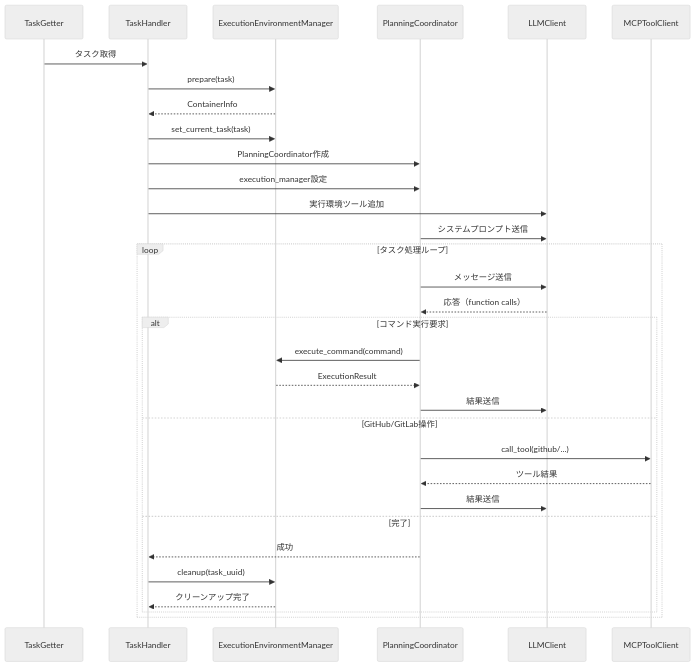
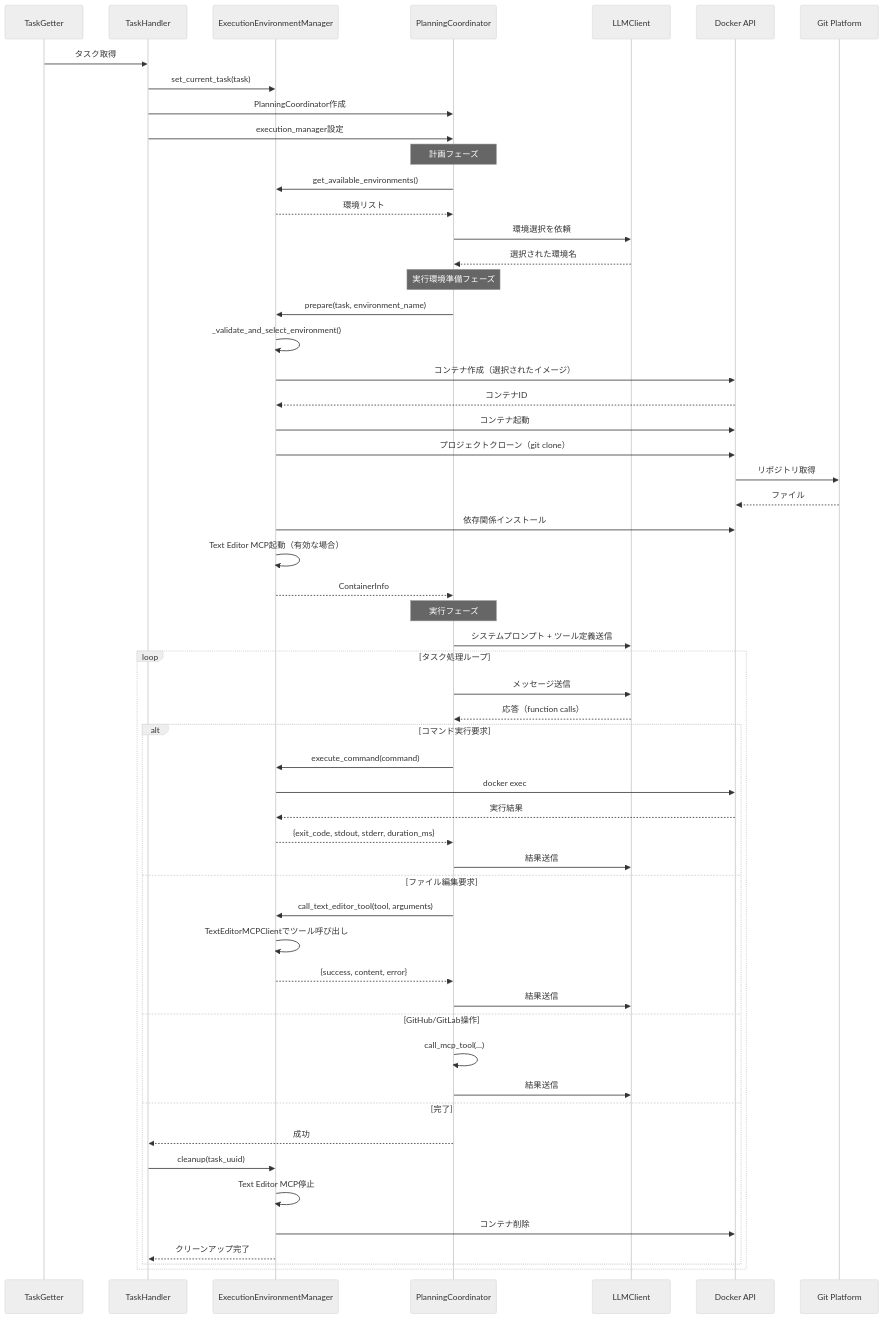
Before and after one commit to notfolder/coding_agent: the eighth of 11 diagrams in docs/spec/COMMAND_EXECUTOR_MCP_SPECIFICATION.md, drawn with Mermaid (neutral theme). The commit also changed other lines of this file and 19 other files, not shown here.

````diff
--- a/docs/spec/COMMAND_EXECUTOR_MCP_SPECIFICATION.md
+++ b/docs/spec/COMMAND_EXECUTOR_MCP_SPECIFICATION.md
@@ -1008,37 +1316,64 @@
 ```mermaid
 sequenceDiagram
     participant TG as TaskGetter
     participant TH as TaskHandler
     participant EM as ExecutionEnvironmentManager
     participant PC as PlanningCoordinator
     participant LLM as LLMClient
-    participant MCP as MCPToolClient
+    participant Docker as Docker API
+    participant Git as Git Platform
     
     TG->>TH: タスク取得
-    TH->>EM: prepare(task)
-    EM-->>TH: ContainerInfo
     TH->>EM: set_current_task(task)
     TH->>PC: PlanningCoordinator作成
     TH->>PC: execution_manager設定
-    TH->>LLM: 実行環境ツール追加
-    PC->>LLM: システムプロンプト送信
+    
+    Note over PC: 計画フェーズ
+    PC->>EM: get_available_environments()
+    EM-->>PC: 環境リスト
+    PC->>LLM: 環境選択を依頼
+    LLM-->>PC: 選択された環境名
+    
+    Note over PC: 実行環境準備フェーズ
+    PC->>EM: prepare(task, environment_name)
+    EM->>EM: _validate_and_select_environment()
+    EM->>Docker: コンテナ作成（選択されたイメージ）
+    Docker-->>EM: コンテナID
+    EM->>Docker: コンテナ起動
+    EM->>Docker: プロジェクトクローン（git clone）
+    Docker->>Git: リポジトリ取得
+    Git-->>Docker: ファイル
+    EM->>Docker: 依存関係インストール
+    EM->>EM: Text Editor MCP起動（有効な場合）
+    EM-->>PC: ContainerInfo
+    
+    Note over PC: 実行フェーズ
+    PC->>LLM: システムプロンプト + ツール定義送信
     
     loop タスク処理ループ
         PC->>LLM: メッセージ送信
         LLM-->>PC: 応答（function calls）
         
         alt コマンド実行要求
             PC->>EM: execute_command(command)
-            EM-->>PC: ExecutionResult
+            EM->>Docker: docker exec
+            Docker-->>EM: 実行結果
+            EM-->>PC: {exit_code, stdout, stderr, duration_ms}
+            PC->>LLM: 結果送信
+        else ファイル編集要求
+            PC->>EM: call_text_editor_tool(tool, arguments)
+            EM->>EM: TextEditorMCPClientでツール呼び出し
+            EM-->>PC: {success, content, error}
             PC->>LLM: 結果送信
         else GitHub/GitLab操作
-            PC->>MCP: call_tool(github/...)
-            MCP-->>PC: ツール結果
+            PC->>PC: call_mcp_tool(...)
             PC->>LLM: 結果送信
         else 完了
             PC-->>TH: 成功
             TH->>EM: cleanup(task_uuid)
+            EM->>EM: Text Editor MCP停止
+            EM->>Docker: コンテナ削除
             EM-->>TH: クリーンアップ完了
         end
     end
 ```
````
